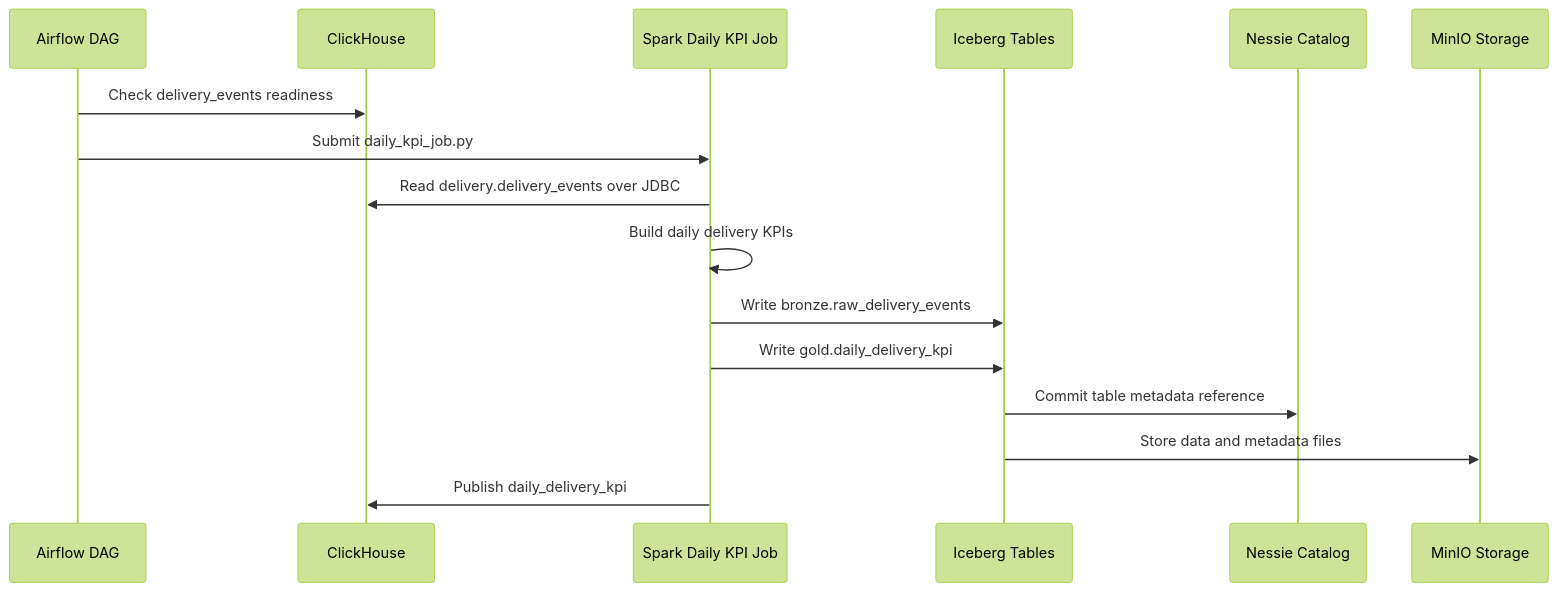
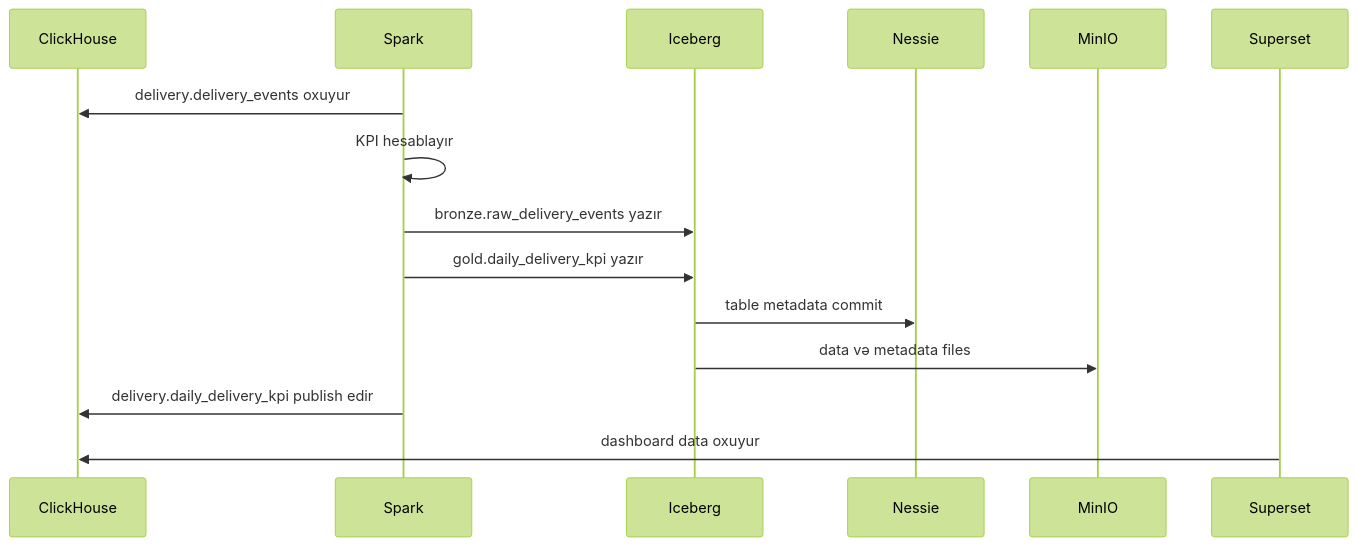
Before and after one commit to VugarMammadov87/deliveryflow-project: the fourth of 4 diagrams in README.md, drawn with Mermaid (forest theme). The commit also changed other lines of this file and 23 other files, not shown here.

Commit message:
Add Superset serving and expand delivery pipelines

````diff
--- a/README.md
+++ b/README.md
@@ -130,19 +463,18 @@
 ```mermaid
 sequenceDiagram
-    participant Airflow as Airflow DAG
-    participant CH as ClickHouse
-    participant Spark as Spark Daily KPI Job
-    participant Iceberg as Iceberg Tables
-    participant Nessie as Nessie Catalog
-    participant MinIO as MinIO Storage
+    participant C as ClickHouse
+    participant S as Spark
+    participant I as Iceberg
+    participant N as Nessie
+    participant M as MinIO
+    participant BI as Superset
 
-    Airflow->>CH: Check delivery_events readiness
-    Airflow->>Spark: Submit daily_kpi_job.py
-    Spark->>CH: Read delivery.delivery_events over JDBC
-    Spark->>Spark: Build daily delivery KPIs
-    Spark->>Iceberg: Write bronze.raw_delivery_events
-    Spark->>Iceberg: Write gold.daily_delivery_kpi
-    Iceberg->>Nessie: Commit table metadata reference
-    Iceberg->>MinIO: Store data and metadata files
-    Spark->>CH: Publish daily_delivery_kpi
+    S->>C: delivery.delivery_events oxuyur
+    S->>S: KPI hesablayır
+    S->>I: bronze.raw_delivery_events yazır
+    S->>I: gold.daily_delivery_kpi yazır
+    I->>N: table metadata commit
+    I->>M: data və metadata files
+    S->>C: delivery.daily_delivery_kpi publish edir
+    BI->>C: dashboard data oxuyur
 ```
````
